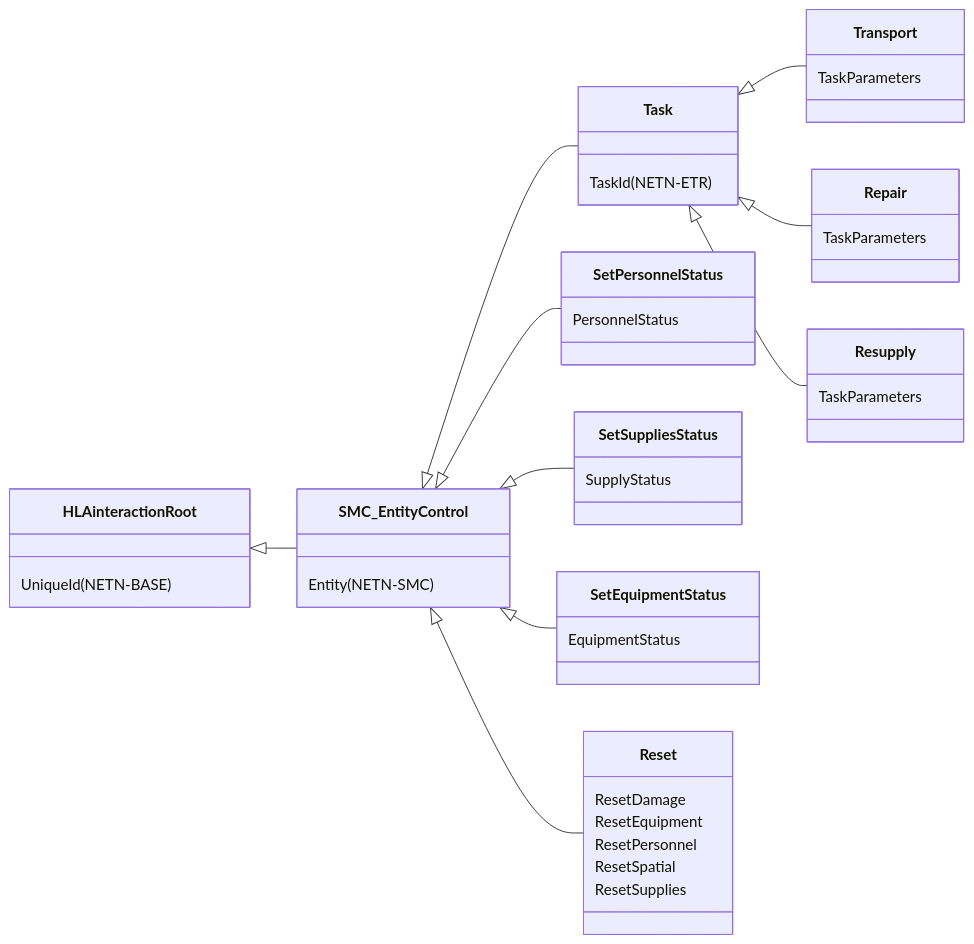
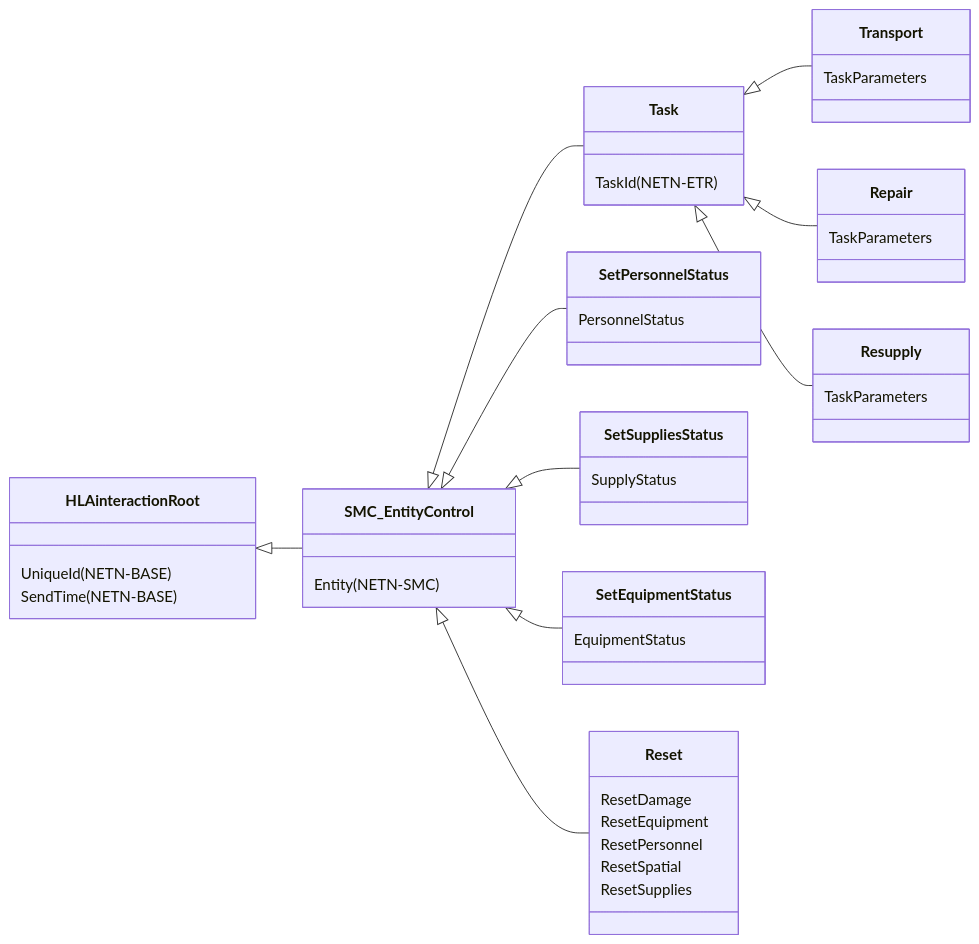
Before and after one commit to AMSP-04/NETN-FOM: the seventh of 7 diagrams in modules/NETN-LOG/NETN-LOG.md, drawn with Mermaid. The commit also changed other lines of this file, not shown here.

First line of the commit message:
DOCS: Remove duplicate sections in NETN-LOG.md and add SendTime

````diff
--- a/modules/NETN-LOG/NETN-LOG.md
+++ b/modules/NETN-LOG/NETN-LOG.md
@@ -215,27 +216,28 @@
 ```mermaid
 classDiagram
 direction LR
 HLAinteractionRoot <|-- SMC_EntityControl
 HLAinteractionRoot : UniqueId(NETN-BASE)
+HLAinteractionRoot : SendTime(NETN-BASE)
 SMC_EntityControl <|-- Task
 SMC_EntityControl <|-- SetPersonnelStatus
 SMC_EntityControl <|-- SetSuppliesStatus
 SMC_EntityControl <|-- SetEquipmentStatus
 SMC_EntityControl <|-- Reset
 SMC_EntityControl : Entity(NETN-SMC)
 Task <|-- Transport
 Task <|-- Repair
 Task <|-- Resupply
 Task : TaskId(NETN-ETR)
 Transport : TaskParameters
 Repair : TaskParameters
 Resupply : TaskParameters
 SetPersonnelStatus : PersonnelStatus
 SetSuppliesStatus : SupplyStatus
 SetEquipmentStatus : EquipmentStatus
 Reset : ResetDamage
 Reset : ResetEquipment
 Reset : ResetPersonnel
 Reset : ResetSpatial
 Reset : ResetSupplies
 ```
````
